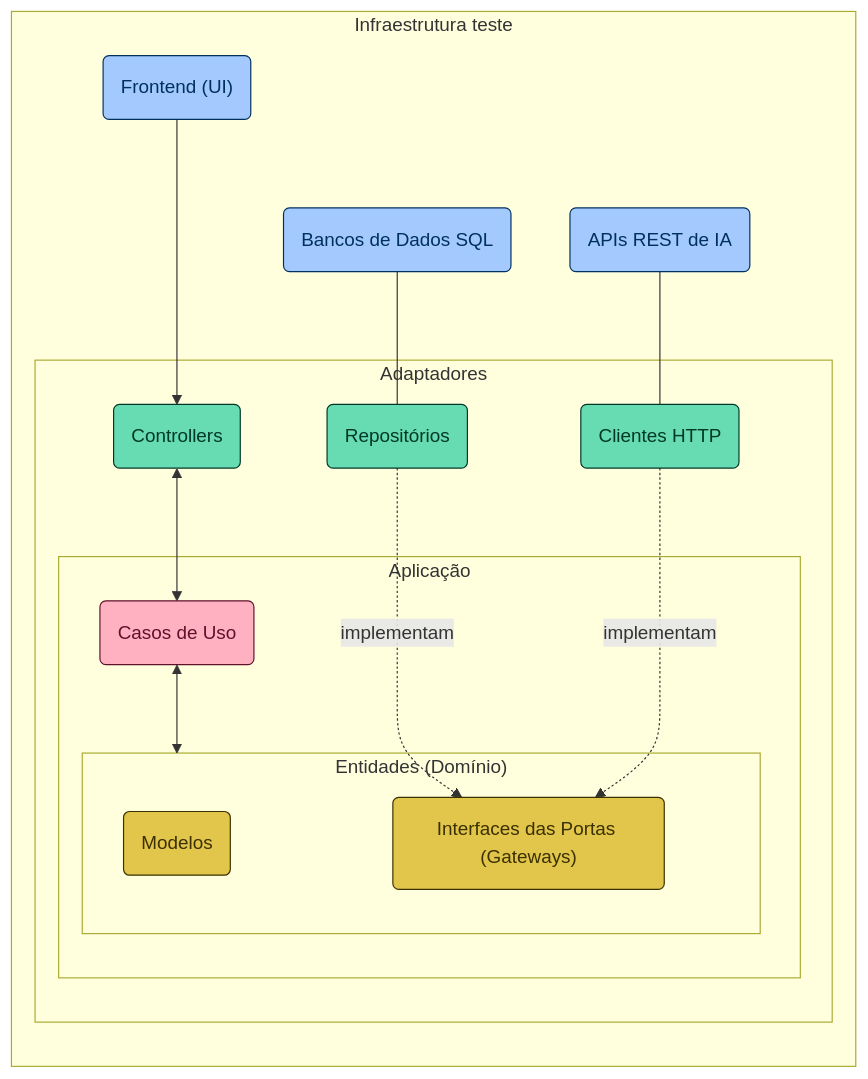
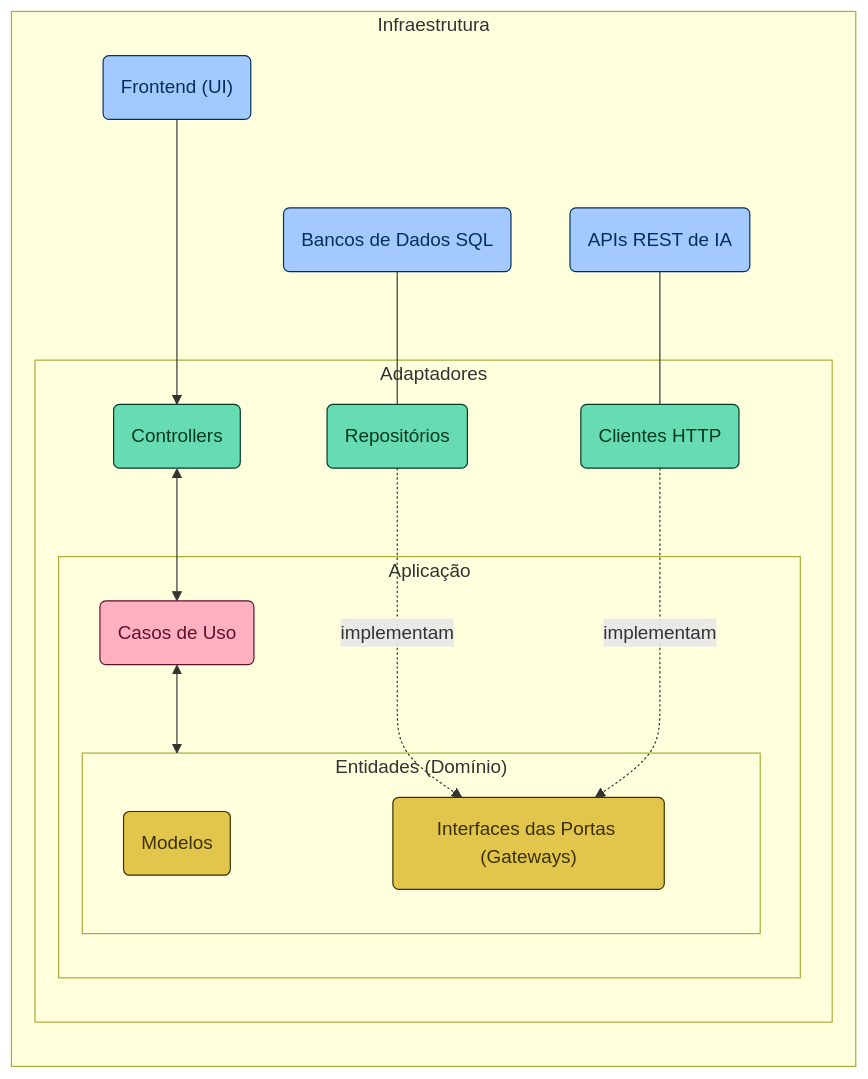
One commit to Luciana-Rpdrigues/santander-dev-week-2024 changed the diagram in README.md. Above: the diagram before and after it, drawn with Mermaid.

Commit message:
Update teste README.md

````diff
--- a/README.md
+++ b/README.md
@@ -59,30 +59,30 @@
 ```mermaid
 graph RL;
-  subgraph layer-infra[Infraestrutura teste];
+  subgraph layer-infra[Infraestrutura];
     UI("Frontend (UI)") ---> Controller
     subgraph layer-adpaters[Adaptadores];
       Controller("Controllers") <--> UC
       subgraph layer-app[Aplicação];
         UC(Casos de Uso) <--> layer-entities
         subgraph layer-entities["Entidades (Domínio)"];
           Model("Modelos")
           IPort("Interfaces das Portas (Gateways)")
         end
      end
      Repo("Repositórios") -..-> |implementam| IPort
      HTTP("Clientes HTTP") -..-> |implementam| IPort
     end
     BD("Bancos de Dados SQL") --- Repo
     EXT("APIs REST de IA") --- HTTP
   end
 
 classDef infra fill:#a3c9ff,stroke:#00315c,color:#00315c;
 classDef adapters fill:#67dbb1,stroke:#003828,color:#003828;
 classDef ucs fill:#ffb1c1,stroke:#5f112b,color:#5f112b;
 classDef entities fill:#e2c54b,stroke:#3a3000,color:#3a3000;
 
 class BD,EXT,UI infra;
 class Controller,Repo,HTTP adapters;
 class UC ucs;
 class Model,IPort entities;
 ```
````
